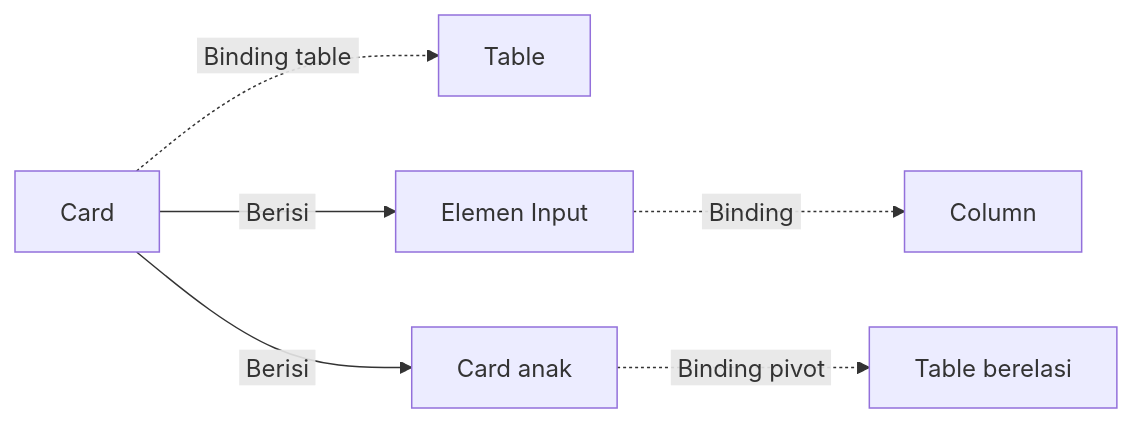
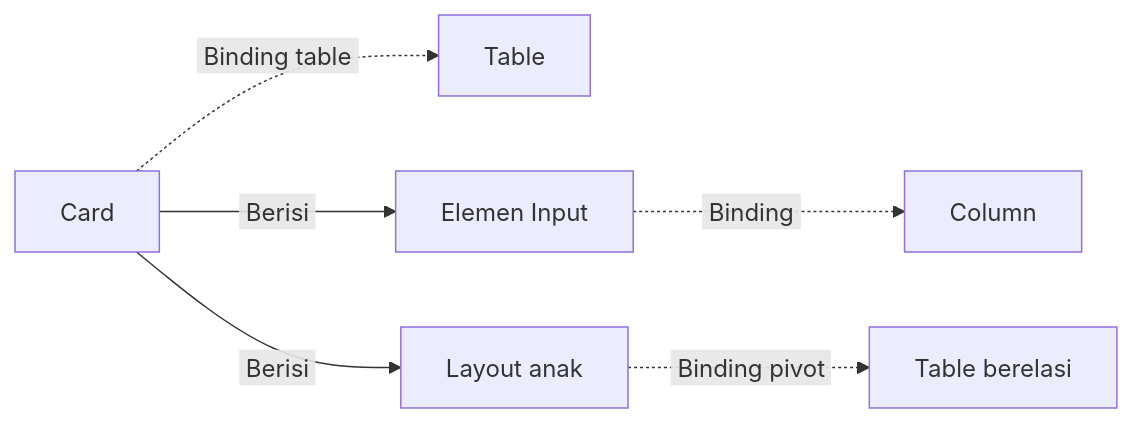
The diagram in Docs/Modul Interface/Form/Layout/Card.md (ginalne/phoenix-docs), drawn with Mermaid before and after one commit. The commit also changed other lines of this file and 83 other files, not shown here.

````diff
--- a/Docs/Modul Interface/Form/Layout/Card.md
+++ b/Docs/Modul Interface/Form/Layout/Card.md
@@ -38,8 +38,8 @@
 ```mermaid
 flowchart LR
   A["Card"] -.->|&nbsp;Binding table&nbsp;| B["Table"]
   A -->|&nbsp;Berisi&nbsp;| C["Elemen Input"]
   C -.->|&nbsp;Binding&nbsp;| D["Column"]
-  A -->|&nbsp;Berisi&nbsp;| E["Card anak"]
+  A -->|&nbsp;Berisi&nbsp;| E["Layout anak"]
   E -.->|&nbsp;Binding pivot&nbsp;| F["Table berelasi"]
 ```
````
